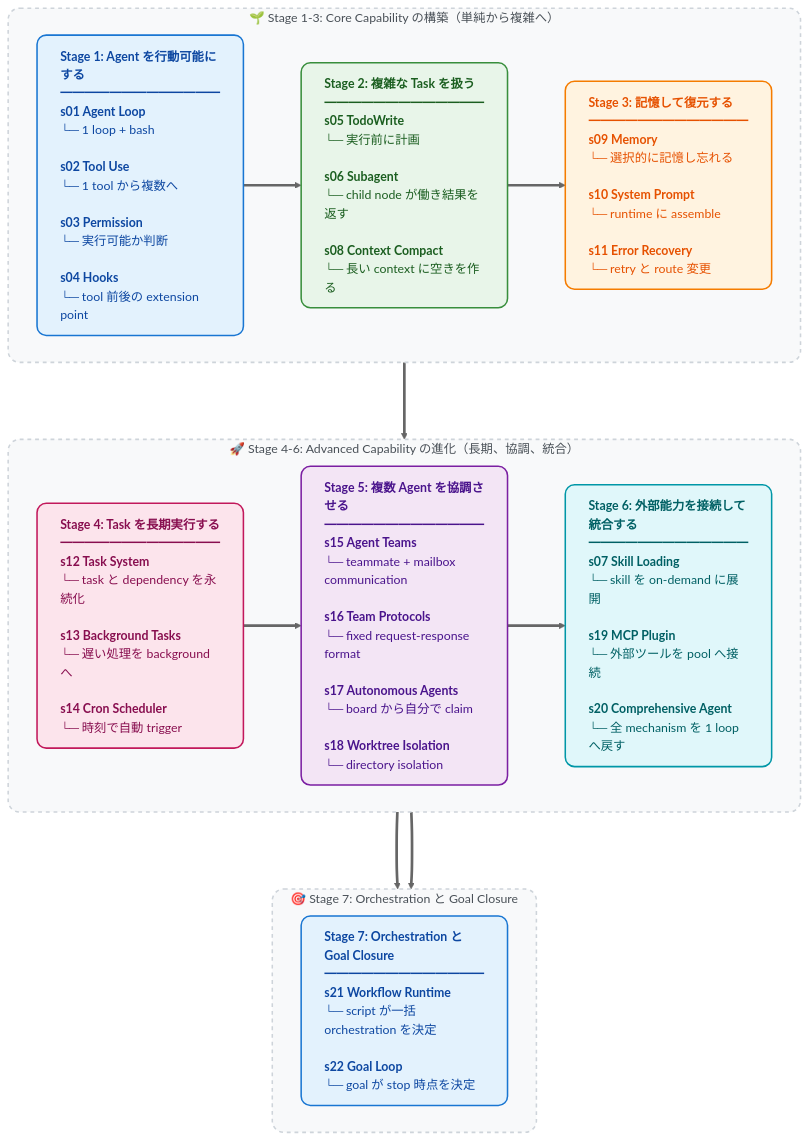
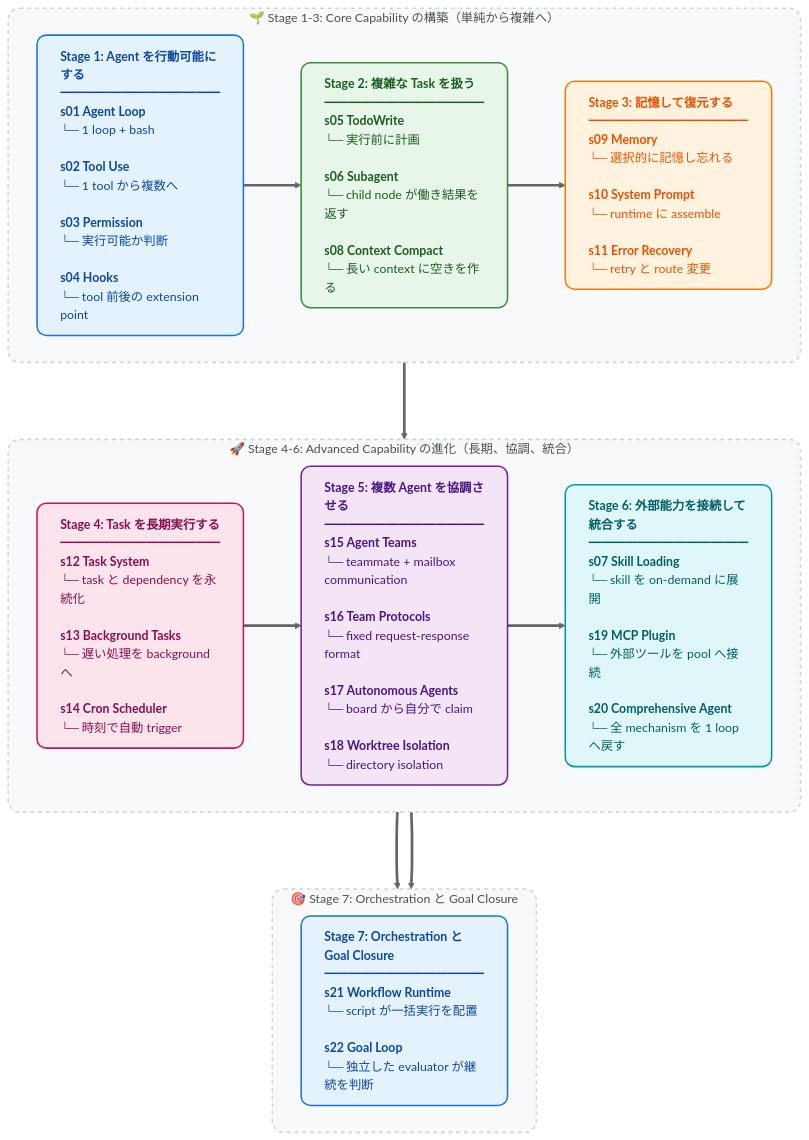
Before and after one commit to Bill-Billion/learn-claude-code: the diagram in README-ja.md, drawn with Mermaid (neutral theme). The commit also changed other lines of this file and 58 other files, not shown here.

````diff
--- a/README-ja.md
+++ b/README-ja.md
@@ -316,51 +318,51 @@
 ```mermaid
 flowchart TD
     %% card style を統一し、text-align:left で list の位置を保つ
     classDef stage1 fill:#E3F2FD,stroke:#1976D2,stroke-width:2px,color:#0D47A1,rx:12,ry:12,text-align:left
     classDef stage2 fill:#E8F5E9,stroke:#388E3C,stroke-width:2px,color:#1B5E20,rx:12,ry:12,text-align:left
     classDef stage3 fill:#FFF3E0,stroke:#F57C00,stroke-width:2px,color:#E65100,rx:12,ry:12,text-align:left
     classDef stage4 fill:#FCE4EC,stroke:#C2185b,stroke-width:2px,color:#880E4F,rx:12,ry:12,text-align:left
     classDef stage5 fill:#F3E5F5,stroke:#7B1FA2,stroke-width:2px,color:#4A148C,rx:12,ry:12,text-align:left
     classDef stage6 fill:#E0F7FA,stroke:#0097A7,stroke-width:2px,color:#006064,rx:12,ry:12,text-align:left
 
     %% background group style
     classDef groupBox fill:#F8F9FA,stroke:#CED4DA,stroke-width:2px,stroke-dasharray: 5 5,rx:15,ry:15,color:#495057
 
     %% 1 行目: stage 1-3
     subgraph Phase1 ["🌱 Stage 1-3: Core Capability の構築（単純から複雑へ）"]
         direction LR
         S1["<b>Stage 1: Agent を行動可能にする</b><br/>━━━━━━━━━━━━━<br/><b>s01 Agent Loop</b><br/>└─ 1 loop + bash<br/><br/><b>s02 Tool Use</b><br/>└─ 1 tool から複数へ<br/><br/><b>s03 Permission</b><br/>└─ 実行可能か判断<br/><br/><b>s04 Hooks</b><br/>└─ tool 前後の extension point"]:::stage1
 
         S2["<b>Stage 2: 複雑な Task を扱う</b><br/>━━━━━━━━━━━━━<br/><b>s05 TodoWrite</b><br/>└─ 実行前に計画<br/><br/><b>s06 Subagent</b><br/>└─ child node が働き結果を返す<br/><br/><b>s08 Context Compact</b><br/>└─ 長い context に空きを作る"]:::stage2
 
         S3["<b>Stage 3: 記憶して復元する</b><br/>━━━━━━━━━━━━━<br/><b>s09 Memory</b><br/>└─ 選択的に記憶し忘れる<br/><br/><b>s10 System Prompt</b><br/>└─ runtime に assemble<br/><br/><b>s11 Error Recovery</b><br/>└─ retry と route 変更"]:::stage3
 
         S1 ==> S2 ==> S3
     end
 
     %% 2 行目: stage 4-6
     subgraph Phase2 ["🚀 Stage 4-6: Advanced Capability の進化（長期、協調、統合）"]
         direction LR
         S4["<b>Stage 4: Task を長期実行する</b><br/>━━━━━━━━━━━━━<br/><b>s12 Task System</b><br/>└─ task と dependency を永続化<br/><br/><b>s13 Background Tasks</b><br/>└─ 遅い処理を background へ<br/><br/><b>s14 Cron Scheduler</b><br/>└─ 時刻で自動 trigger"]:::stage4
 
         S5["<b>Stage 5: 複数 Agent を協調させる</b><br/>━━━━━━━━━━━━━<br/><b>s15 Agent Teams</b><br/>└─ teammate + mailbox communication<br/><br/><b>s16 Team Protocols</b><br/>└─ fixed request-response format<br/><br/><b>s17 Autonomous Agents</b><br/>└─ board から自分で claim<br/><br/><b>s18 Worktree Isolation</b><br/>└─ directory isolation"]:::stage5
 
         S6["<b>Stage 6: 外部能力を接続して統合する</b><br/>━━━━━━━━━━━━━<br/><b>s07 Skill Loading</b><br/>└─ skill を on-demand に展開<br/><br/><b>s19 MCP Plugin</b><br/>└─ 外部ツールを pool へ接続<br/><br/><b>s20 Comprehensive Agent</b><br/>└─ 全 mechanism を 1 loop へ戻す"]:::stage6
 
         S4 ==> S5 ==> S6
     end
 
     %% 3 行目: stage 7
     subgraph Phase3 ["🎯 Stage 7: Orchestration と Goal Closure"]
         direction LR
-        S7["<b>Stage 7: Orchestration と Goal Closure</b><br/>━━━━━━━━━━━━━<br/><b>s21 Workflow Runtime</b><br/>└─ script が一括 orchestration を決定<br/><br/><b>s22 Goal Loop</b><br/>└─ goal が stop 時点を決定"]:::stage1
+        S7["<b>Stage 7: Orchestration と Goal Closure</b><br/>━━━━━━━━━━━━━<br/><b>s21 Workflow Runtime</b><br/>└─ script が一括実行を配置<br/><br/><b>s22 Goal Loop</b><br/>└─ 独立した evaluator が継続を判断"]:::stage1
 
         S6 ==> S7
     end
 
     %% module を Z 字の reading flow で接続
     Phase1 ===> Phase2 ===> Phase3
 
     %% background style を適用
     class Phase1,Phase2,Phase3 groupBox
 ```
````
